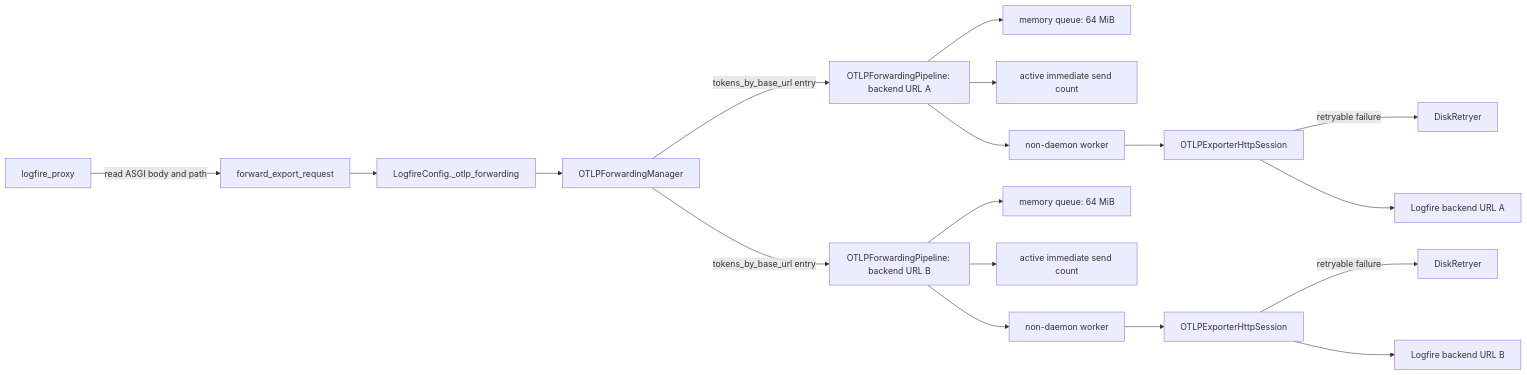
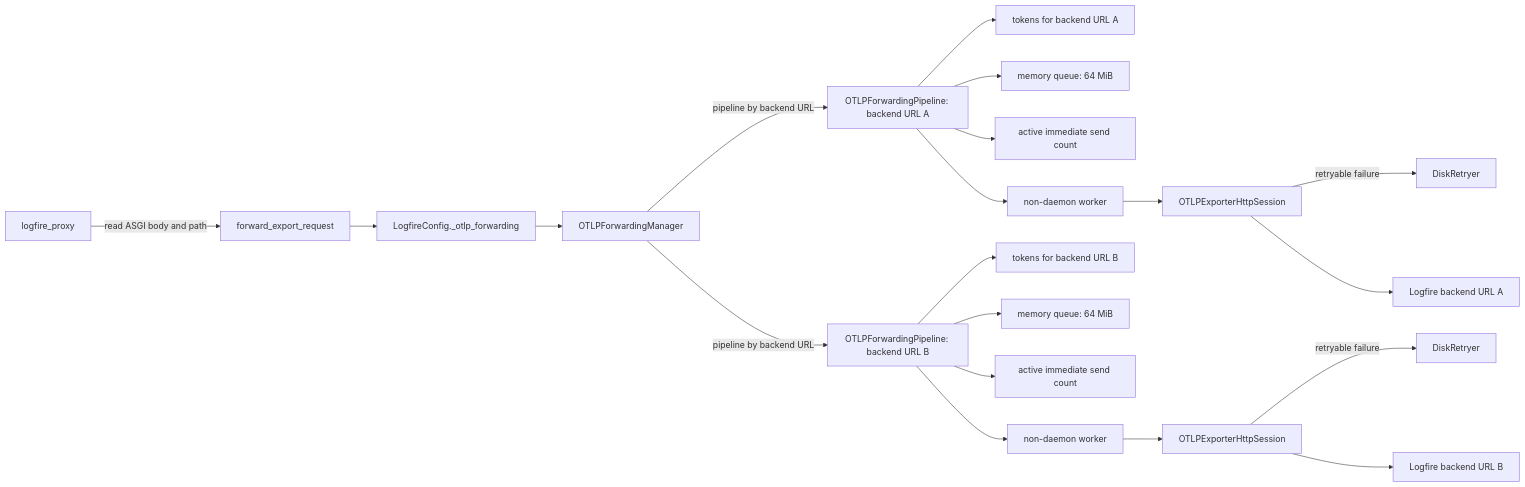
One commit to pydantic/logfire changed the first of 5 diagrams in specs/browser-telemetry-forwarding-first-pass/diagrams.md. Above: the diagram before and after it, drawn with Mermaid. The commit also changed other lines of this file and 4 other files, not shown here.

````diff
--- a/specs/browser-telemetry-forwarding-first-pass/diagrams.md
+++ b/specs/browser-telemetry-forwarding-first-pass/diagrams.md
@@ -8,20 +8,22 @@
 ```mermaid
 flowchart LR
     Proxy["logfire_proxy"] -->|"read ASGI body and path"| Helper["forward_export_request"]
     Helper --> Config["LogfireConfig._otlp_forwarding"]
     Config --> Manager["OTLPForwardingManager"]
-    Manager -->|"tokens_by_base_url entry"| PipelineA["OTLPForwardingPipeline: backend URL A"]
-    Manager -->|"tokens_by_base_url entry"| PipelineB["OTLPForwardingPipeline: backend URL B"]
+    Manager -->|"pipeline by backend URL"| PipelineA["OTLPForwardingPipeline: backend URL A"]
+    Manager -->|"pipeline by backend URL"| PipelineB["OTLPForwardingPipeline: backend URL B"]
+    PipelineA --> TokensA["tokens for backend URL A"]
+    PipelineB --> TokensB["tokens for backend URL B"]
     PipelineA --> QueueA["memory queue: 64 MiB"]
     PipelineB --> QueueB["memory queue: 64 MiB"]
     PipelineA --> ActiveA["active immediate send count"]
     PipelineB --> ActiveB["active immediate send count"]
     PipelineA --> WorkerA["non-daemon worker"]
     PipelineB --> WorkerB["non-daemon worker"]
     WorkerA --> SessionA["OTLPExporterHttpSession"]
     WorkerB --> SessionB["OTLPExporterHttpSession"]
     SessionA -->|"retryable failure"| RetryA["DiskRetryer"]
     SessionB -->|"retryable failure"| RetryB["DiskRetryer"]
     SessionA --> LogfireA["Logfire backend URL A"]
     SessionB --> LogfireB["Logfire backend URL B"]
 ```
````
